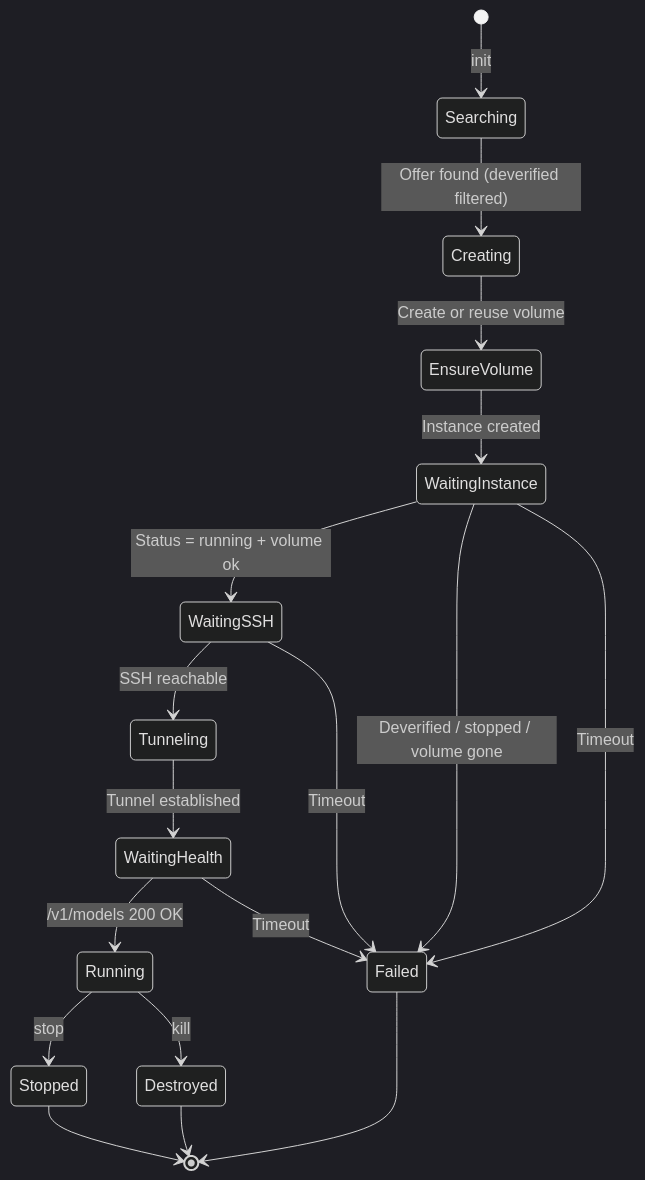
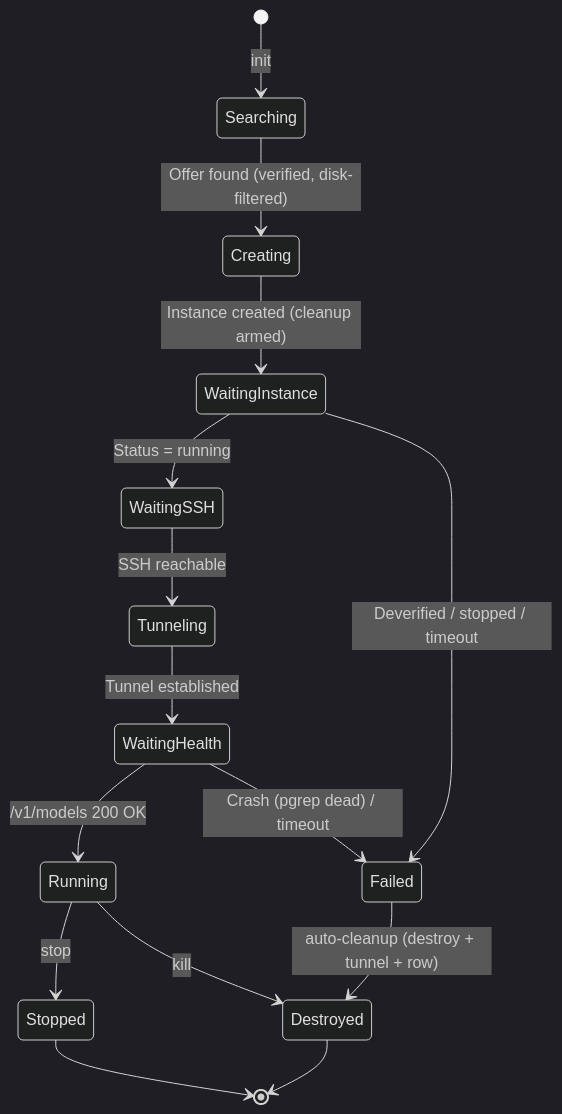
Before and after one commit to WWTLF/mycodeagent: the fifth of 6 diagrams in docs/Solution.md, drawn with Mermaid (dark theme). The commit also changed other lines of this file and 25 other files, not shown here.

````diff
--- a/docs/Solution.md
+++ b/docs/Solution.md
@@ -393,20 +314,17 @@
 ```mermaid
 stateDiagram-v2
     [*] --> Searching: init <model>
-    Searching --> Creating: Offer found (deverified filtered)
-    Creating --> EnsureVolume: Create or reuse volume
-    EnsureVolume --> WaitingInstance: Instance created
-    WaitingInstance --> WaitingSSH: Status = running + volume ok
-    WaitingInstance --> Failed: Deverified / stopped / volume gone
+    Searching --> Creating: Offer found (verified, disk-filtered)
+    Creating --> WaitingInstance: Instance created (cleanup armed)
+    WaitingInstance --> WaitingSSH: Status = running
+    WaitingInstance --> Failed: Deverified / stopped / timeout
     WaitingSSH --> Tunneling: SSH reachable
     Tunneling --> WaitingHealth: Tunnel established
     WaitingHealth --> Running: /v1/models 200 OK
+    WaitingHealth --> Failed: Crash (pgrep dead) / timeout
     Running --> Stopped: stop <id>
     Running --> Destroyed: kill <id>
-    WaitingInstance --> Failed: Timeout
-    WaitingSSH --> Failed: Timeout
-    WaitingHealth --> Failed: Timeout
+    Failed --> Destroyed: auto-cleanup (destroy + tunnel + row)
     Stopped --> [*]
     Destroyed --> [*]
-    Failed --> [*]
 ```
````
